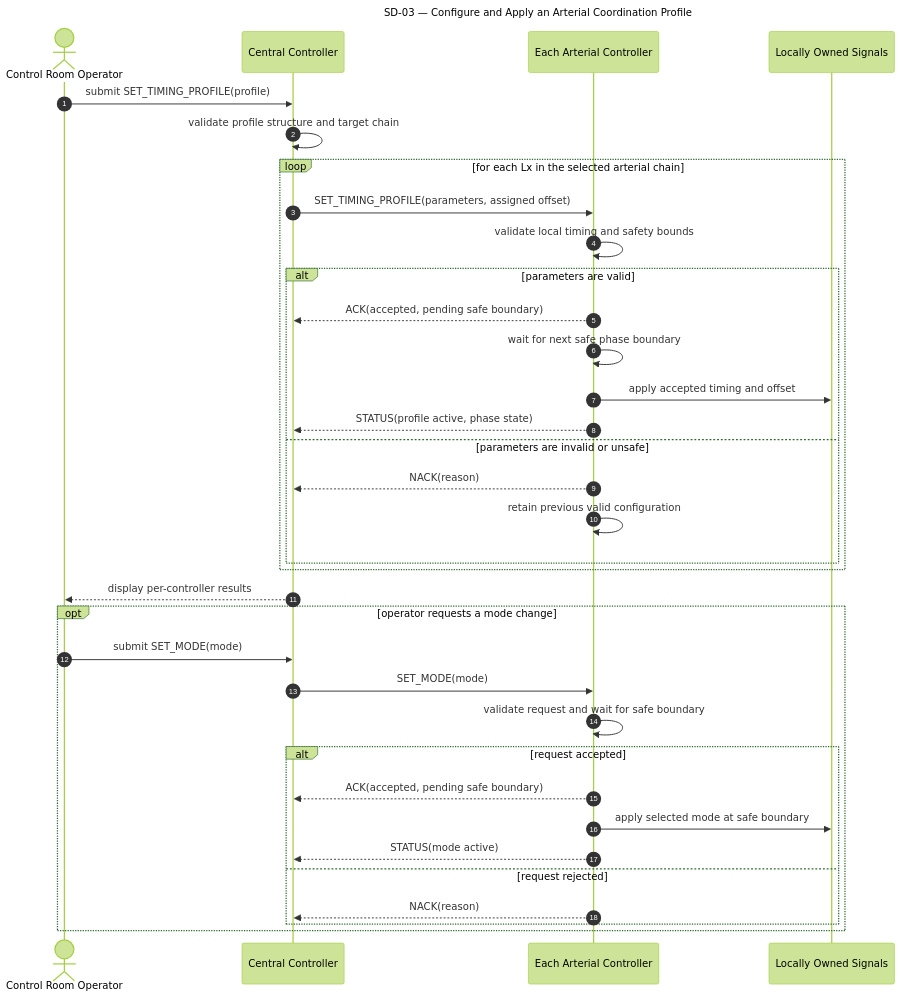
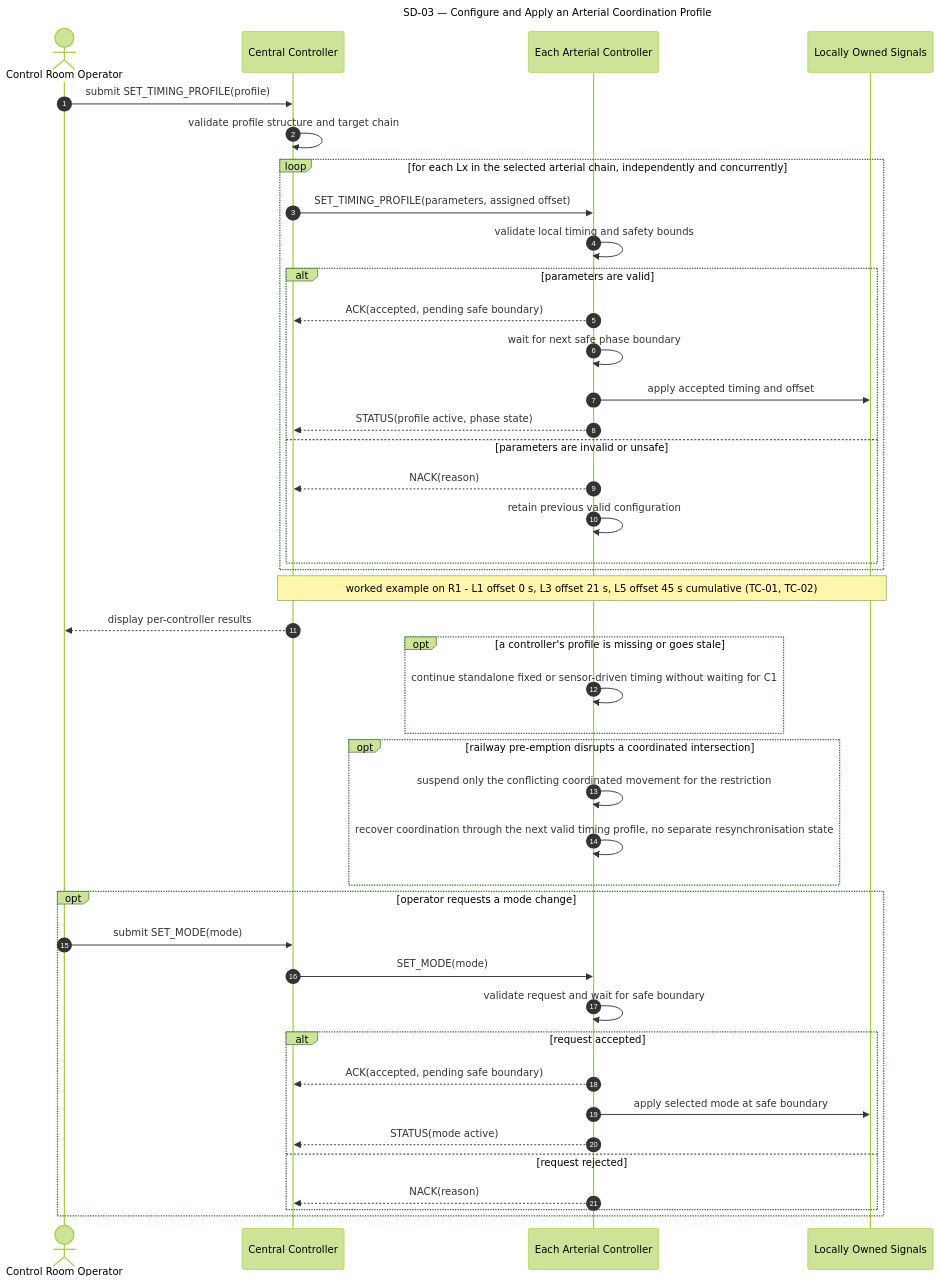
The third of 8 diagrams in SEQUENCE_DIAGRAMS.md (lucietran03/traffic-control-system), drawn with Mermaid (forest theme) before and after one commit. The commit also changed other lines of this file and 1 other file, not shown here.

First line of the commit message:
Fix SD-07 ACK ordering, restore missing UC alt flows, add review notes

````diff
--- a/SEQUENCE_DIAGRAMS.md
+++ b/SEQUENCE_DIAGRAMS.md
@@ -106,46 +113,57 @@
 ```mermaid
 ---
 title: SD-03 — Configure and Apply an Arterial Coordination Profile
 ---
 sequenceDiagram
     accTitle: SD-03 Configure and Apply an Arterial Coordination Profile
     accDescr: Central distributes a timing profile to an arterial chain and each local controller validates, acknowledges, safely applies, and reports its assigned parameters.
     autonumber
 
     actor Op as Control Room Operator
     participant C1 as Central Controller
     participant Lx as Each Arterial Controller
     participant Sig as Locally Owned Signals
 
     Op->>C1: submit SET_TIMING_PROFILE(profile)
     C1->>C1: validate profile structure and target chain
 
-    loop for each Lx in the selected arterial chain
+    loop for each Lx in the selected arterial chain, independently and concurrently
         C1->>Lx: SET_TIMING_PROFILE(parameters, assigned offset)
         Lx->>Lx: validate local timing and safety bounds
         alt parameters are valid
             Lx-->>C1: ACK(accepted, pending safe boundary)
             Lx->>Lx: wait for next safe phase boundary
             Lx->>Sig: apply accepted timing and offset
             Lx-->>C1: STATUS(profile active, phase state)
         else parameters are invalid or unsafe
             Lx-->>C1: NACK(reason)
             Lx->>Lx: retain previous valid configuration
         end
     end
 
+    Note over C1,Sig: worked example on R1 - L1 offset 0 s, L3 offset 21 s, L5 offset 45 s cumulative (TC-01, TC-02)
+
     C1-->>Op: display per-controller results
+
+    opt a controller's profile is missing or goes stale
+        Lx->>Lx: continue standalone fixed or sensor-driven timing without waiting for C1
+    end
+
+    opt railway pre-emption disrupts a coordinated intersection
+        Lx->>Lx: suspend only the conflicting coordinated movement for the restriction
+        Lx->>Lx: recover coordination through the next valid timing profile, no separate resynchronisation state
+    end
 
     opt operator requests a mode change
         Op->>C1: submit SET_MODE(mode)
         C1->>Lx: SET_MODE(mode)
         Lx->>Lx: validate request and wait for safe boundary
         alt request accepted
             Lx-->>C1: ACK(accepted, pending safe boundary)
             Lx->>Sig: apply selected mode at safe boundary
             Lx-->>C1: STATUS(mode active)
         else request rejected
             Lx-->>C1: NACK(reason)
         end
     end
 ```
````
